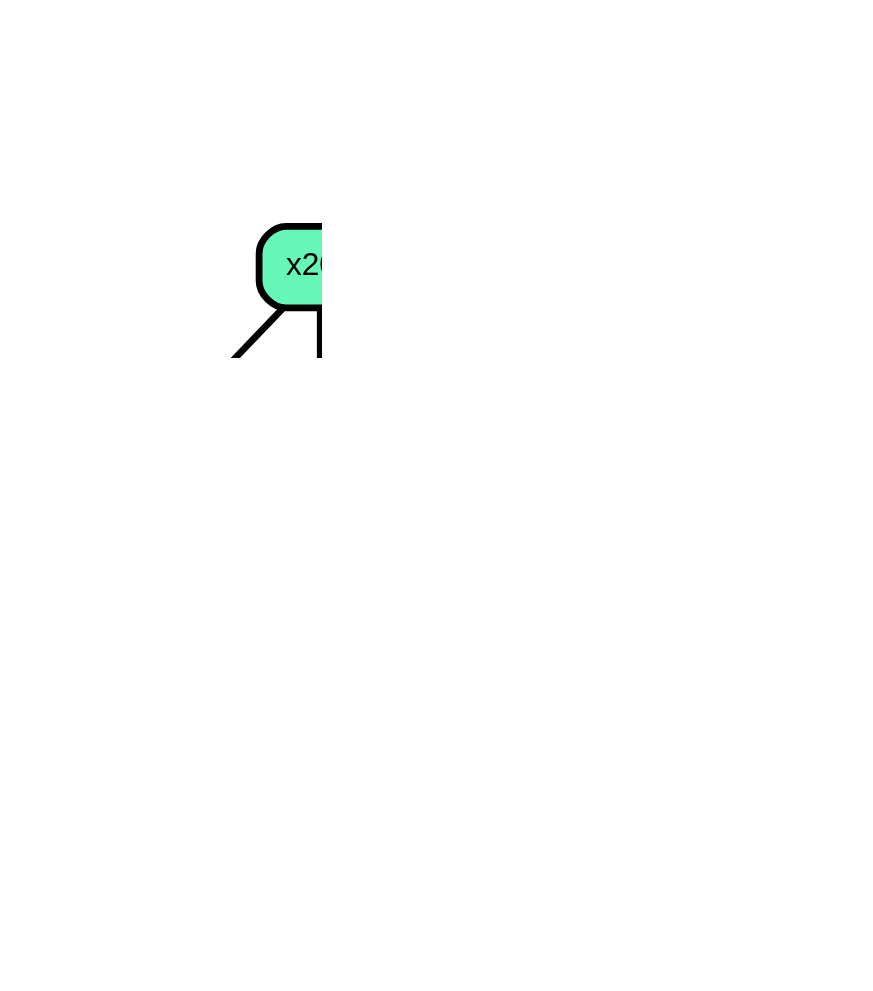
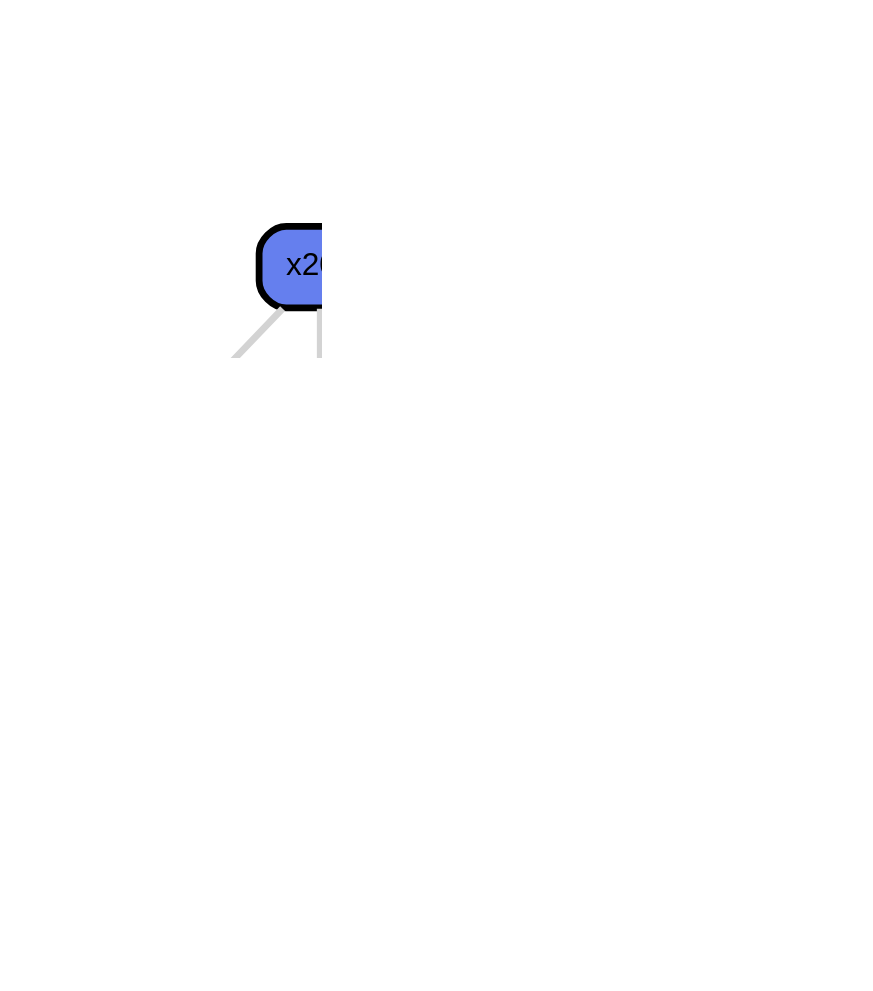
One commit to zeroknowledgediscovery/emergenet changed the diagram in qnet_predictions/qnet_models/trees/252.dot. Above: the diagram before and after it, drawn with Graphviz. The commit also changed 1724 other files, not shown here.

```diff
--- a/qnet_predictions/qnet_models/trees/252.dot
+++ b/qnet_predictions/qnet_models/trees/252.dot
@@ -1,38 +1,38 @@
 graph Tree {
 node [shape=box, style="filled, rounded",color="black",penwidth="3",fontcolor="black",                 fontname=helvetica] ;
 graph [ranksep="0 equally", splines=straight,                 bgcolor=transparent, dpi=200] ;
-edge [fontname=helvetica, fontweight=bold,fontcolor=grey14,color=black] ;
+edge [fontname=helvetica, fontweight=bold,fontcolor=grey14,color=lightgray] ;
 0 [label="P
 Prob: 1.0
-Frac: 0.412", fillcolor="#55ffc1"] ;
-1 [label="x202", fillcolor="#65f8b6"] ;
+Frac: 0.412", fillcolor="#5578ff"] ;
+1 [label="x202", fillcolor="#657fee"] ;
 2 [label="P
 Prob: 1.0
-Frac: 0.275", fillcolor="#55ffc1"] ;
-3 [label="x536", fillcolor="#72f4ae"] ;
+Frac: 0.275", fillcolor="#5578ff"] ;
+3 [label="x536", fillcolor="#7284e1"] ;
 4 [label="P
 Prob: 1.0
-Frac: 0.037", fillcolor="#55ffc1"] ;
-5 [label="x13", fillcolor="#90e99b"] ;
+Frac: 0.037", fillcolor="#5578ff"] ;
+5 [label="x13", fillcolor="#9091c3"] ;
 6 [label="P
 Prob: 0.596
-Frac: 0.237", fillcolor="#99e595"] ;
-7 [label="x202", fillcolor="#68f3b8"] ;
+Frac: 0.237", fillcolor="#9995ba"] ;
+7 [label="x202", fillcolor="#667dee"] ;
 8 [label="Q
 Prob: 1.0
-Frac: 0.013", fillcolor="#c155ff"] ;
-9 [label="x456", fillcolor="#b567f8"] ;
+Frac: 0.013", fillcolor="#6f55ff"] ;
+9 [label="x456", fillcolor="#6c58ff"] ;
 10 [label="Q
 Prob: 0.833
-Frac: 0.025", fillcolor="#af71f4"] ;
+Frac: 0.025", fillcolor="#6a5aff"] ;
 1 -- 0 [label=" A",penwidth=3] ;
 1 -- 3 [label=" T",penwidth=3] ;
 3 -- 2 [label=" A",penwidth=3] ;
 3 -- 5 [label=" V",penwidth=3] ;
 5 -- 4 [label=" A",penwidth=3] ;
 5 -- 6 [label=" T",penwidth=3] ;
 7 -- 1 [label=" A\n T",penwidth=3] ;
 7 -- 9 [label=" S\n X",penwidth=3] ;
 9 -- 8 [label=" F",penwidth=3] ;
 9 -- 10 [label=" L\n S",penwidth=3] ;
 {rank = same;}}
```
